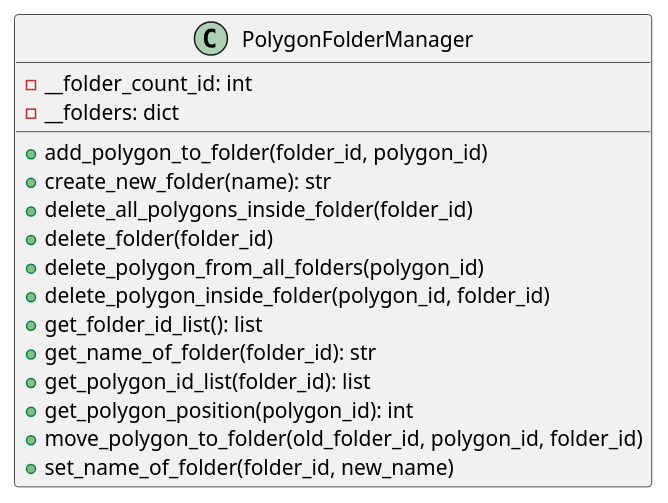
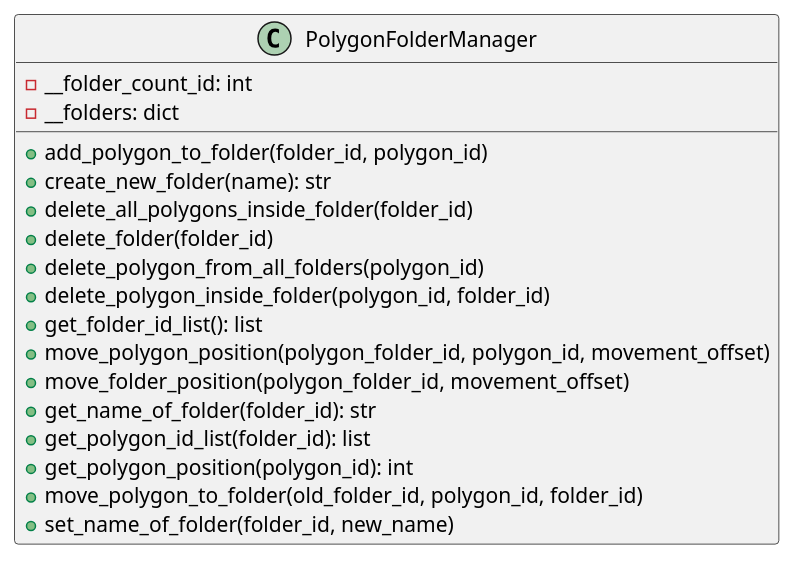
Before and after one commit to ferpoble2/Relief_Creator: the diagram in docs/classes/PolygonFolderManager.puml, drawn with PlantUML. The commit also changed 1 other file, not shown here.

Commit message:
Added methods move_folder_position and move_polygon_position to the PolygonFolderManager class

```diff
--- a/docs/classes/PolygonFolderManager.puml
+++ b/docs/classes/PolygonFolderManager.puml
@@ -1,21 +1,23 @@
 @startuml
 class PolygonFolderManager {
 
     - __folder_count_id: int
     - __folders: dict
 
     + add_polygon_to_folder(folder_id, polygon_id)
     + create_new_folder(name): str
     + delete_all_polygons_inside_folder(folder_id)
     + delete_folder(folder_id)
     + delete_polygon_from_all_folders(polygon_id)
     + delete_polygon_inside_folder(polygon_id, folder_id)
     + get_folder_id_list(): list
+    + move_polygon_position(polygon_folder_id, polygon_id, movement_offset)
+    + move_folder_position(polygon_folder_id, movement_offset)
     + get_name_of_folder(folder_id): str
     + get_polygon_id_list(folder_id): list
     + get_polygon_position(polygon_id): int
     + move_polygon_to_folder(old_folder_id, polygon_id, folder_id)
     + set_name_of_folder(folder_id, new_name)
 }
 
 @enduml
```
